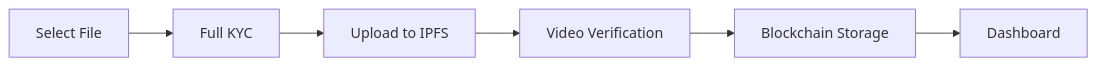
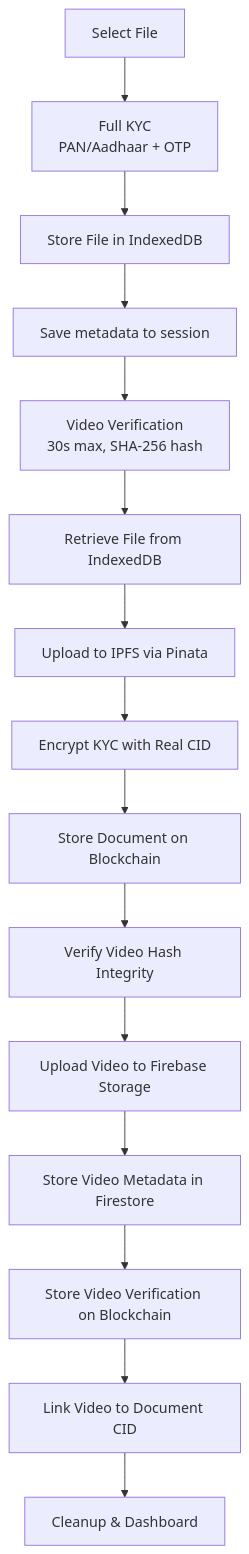
One commit to vibhasdutta/Eviblockv2.0 changed the second of 3 diagrams in src/evilblock_frontend/README.md. Above: the diagram before and after it, drawn with Mermaid. The commit also changed other lines of this file and 26 other files, not shown here.

````diff
--- a/src/evilblock_frontend/README.md
+++ b/src/evilblock_frontend/README.md
@@ -364,8 +400,17 @@
 ```mermaid
-graph LR
-    A[Select File] --> B[Full KYC]
-    B --> C[Upload to IPFS]
-    C --> D[Video Verification]
-    D --> E[Blockchain Storage]
-    E --> F[Dashboard]
+graph TB
+    A[Select File] --> B[Full KYC<br/>PAN/Aadhaar + OTP]
+    B --> C[Store File in IndexedDB]
+    C --> D[Save metadata to session]
+    D --> E[Video Verification<br/>30s max, SHA-256 hash]
+    E --> F[Retrieve File from IndexedDB]
+    F --> G[Upload to IPFS via Pinata]
+    G --> H[Encrypt KYC with Real CID]
+    H --> I[Store Document on Blockchain]
+    I --> J[Verify Video Hash Integrity]
+    J --> K[Upload Video to Firebase Storage]
+    K --> L[Store Video Metadata in Firestore]
+    L --> M[Store Video Verification on Blockchain]
+    M --> N[Link Video to Document CID]
+    N --> O[Cleanup & Dashboard]
 ```
````
